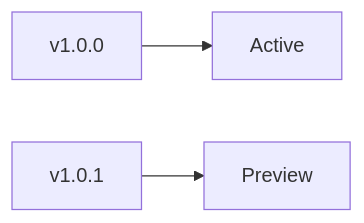
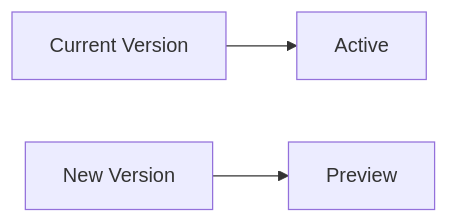
The tenth of 35 diagrams in docs/04-progressive-delivery/README.md (ahmed-sayed-devops/microservices-platform-gitops), drawn with Mermaid before and after one commit. The commit also changed other lines of this file and 13 other files, not shown here.

Commit message:
docs: update progressive delivery and platform architecture

````diff
--- a/docs/04-progressive-delivery/README.md
+++ b/docs/04-progressive-delivery/README.md
@@ -611,5 +642,6 @@
 ```mermaid
 graph LR
-    A["v1.0.0"] --> B["Active"]
-    C["v1.0.1"] --> D["Preview"]
+
+    A["Current Version"] --> B["Active"]
+    C["New Version"] --> D["Preview"]
 ```
````
